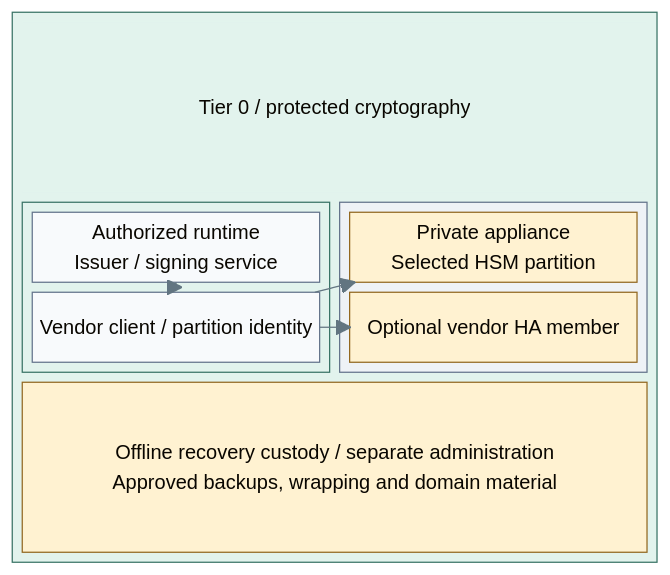
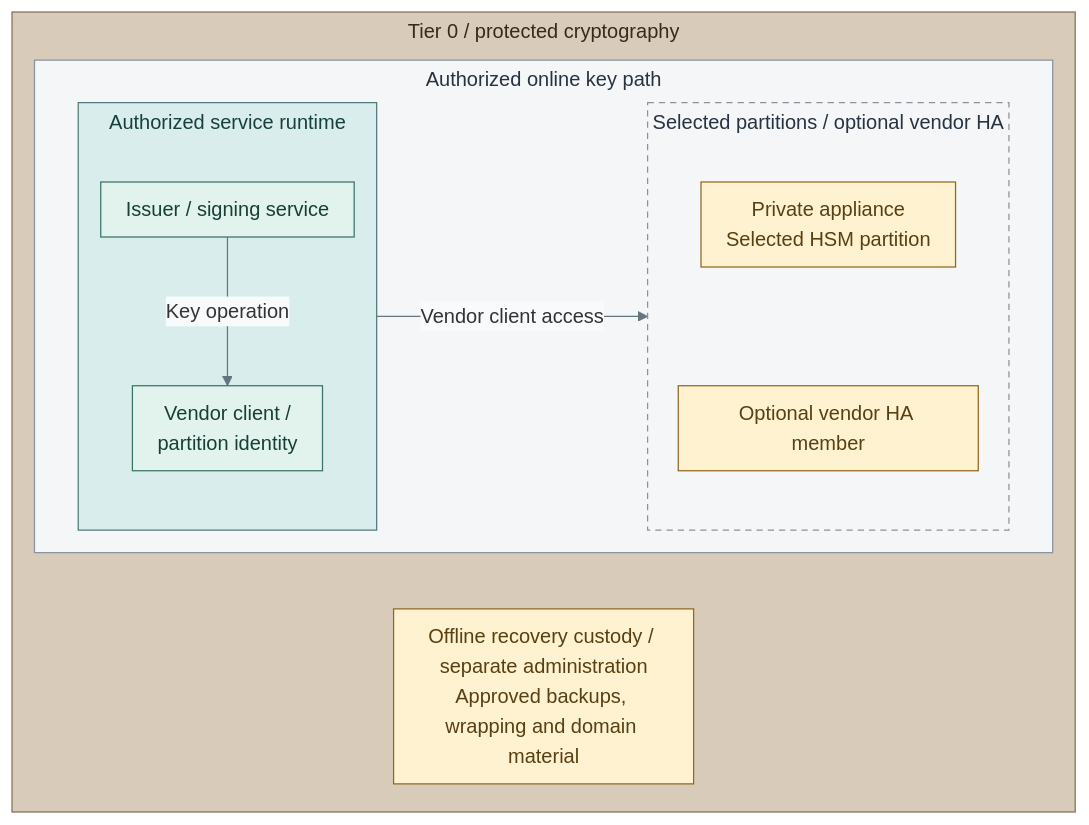
One commit to Rexus/homelab changed the diagram in docs/01-architecture/08-cryptography/05-network-hsm.md. Above: the diagram before and after it, drawn with Mermaid. The commit also changed 108 other files, not shown here.

Commit message:
docs(diagrams): unify visual language and opening views

````diff
--- a/docs/01-architecture/08-cryptography/05-network-hsm.md
+++ b/docs/01-architecture/08-cryptography/05-network-hsm.md
@@ -9,32 +9,38 @@
 ```mermaid
-%%{init: {"theme":"base","flowchart":{"nodeSpacing":20,"rankSpacing":24,"padding":12,"subGraphTitleMargin":{"top":4,"bottom":12}},"themeVariables":{"lineColor":"#627581","edgeLabelBackground":"#f8fafc"}}}%%
-block-beta
-  columns 1
-  block:T0
-    columns 2
-    T0Title["Tier 0 / protected cryptography"]:2
-    block:Runtime
-      columns 1
-      Consumers["Authorized runtime<br/>Issuer / signing service"]
-      Client["Vendor client / partition identity"]
+%%{init: {"theme":"base","flowchart":{"nodeSpacing":16,"rankSpacing":20,"padding":10,"subGraphTitleMargin":{"top":4,"bottom":12}},"themeVariables":{"lineColor":"#627581","edgeLabelBackground":"#f8fafc"}}}%%
+flowchart TB
+  subgraph T0["Tier 0 / protected cryptography"]
+    direction TB
+    subgraph Connected["Authorized online key path"]
+      direction LR
+      subgraph Runtime["Authorized service runtime"]
+        direction TB
+        Consumers["Issuer / signing service"]
+        Client["Vendor client /<br/>partition identity"]
+        Consumers -->|Key operation| Client
+      end
+      subgraph Appliances["Selected partitions / optional vendor HA"]
+        direction TB
+        H1["Private appliance<br/>Selected HSM partition"]
+        H2["Optional vendor HA member"]
+        H1 ~~~ H2
+      end
+      Runtime -->|Vendor client access| Appliances
     end
-    block:Appliances
-      columns 1
-      H1["Private appliance<br/>Selected HSM partition"]
-      H2["Optional vendor HA member"]
-    end
-    Admin["Offline recovery custody / separate administration<br/>Approved backups, wrapping and domain material"]:2
+    Admin["Offline recovery custody / separate administration<br/>Approved backups, wrapping and domain material"]
+    Connected ~~~ Admin
   end
-  Consumers --> Client
-  Client --> H1
-  Client --> H2
   classDef default fill:#f8fafc,stroke:#64748b,color:#1f2937
+  classDef tier0 fill:#d8cbb9,stroke:#83715a,color:#352a1e
+  classDef group fill:#f5f6f7,stroke:#89939e,color:#273340
+  classDef runtime fill:#d9eeec,stroke:#4d7b77,color:#173f3e
+  classDef replicas fill:#f5f6f7,stroke:#89939e,color:#273340,stroke-dasharray:5 4
   classDef control fill:#e2f3ed,stroke:#397366,color:#173f36
-  classDef controlHeading fill:#e2f3ed,stroke:#e2f3ed,color:#173f36
-  classDef boundary fill:#eef2f6,stroke:#64748b,color:#1f2937
   classDef custody fill:#fff2d1,stroke:#926820,color:#584013
-  class T0,Runtime control
-  class T0Title controlHeading
-  class Appliances boundary
+  class T0 tier0
+  class Connected group
+  class Runtime runtime
+  class Appliances replicas
+  class Consumers,Client control
   class H1,H2,Admin custody
 ```
````
